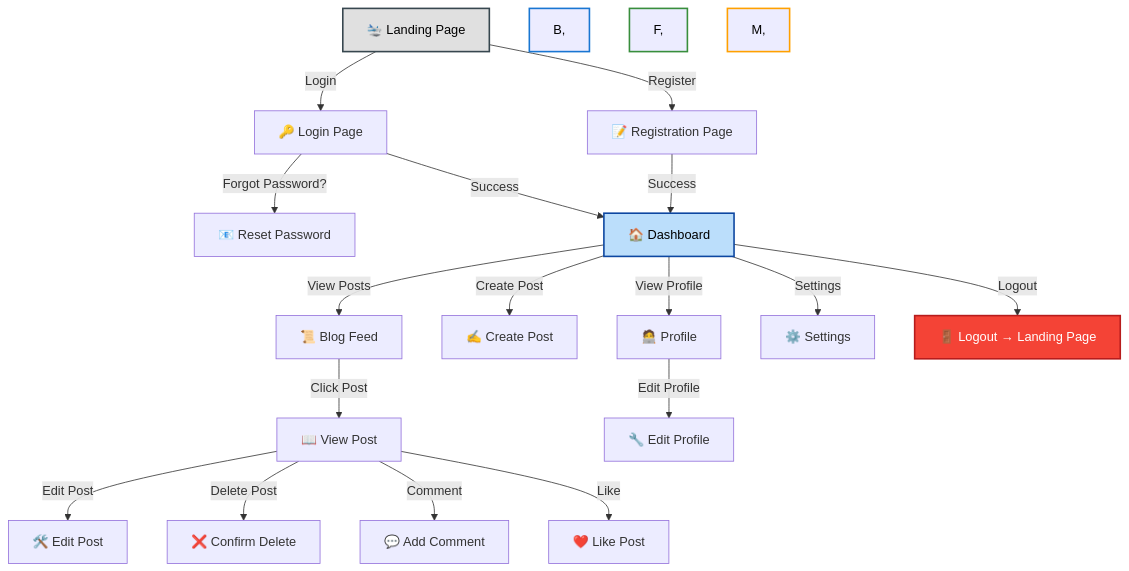
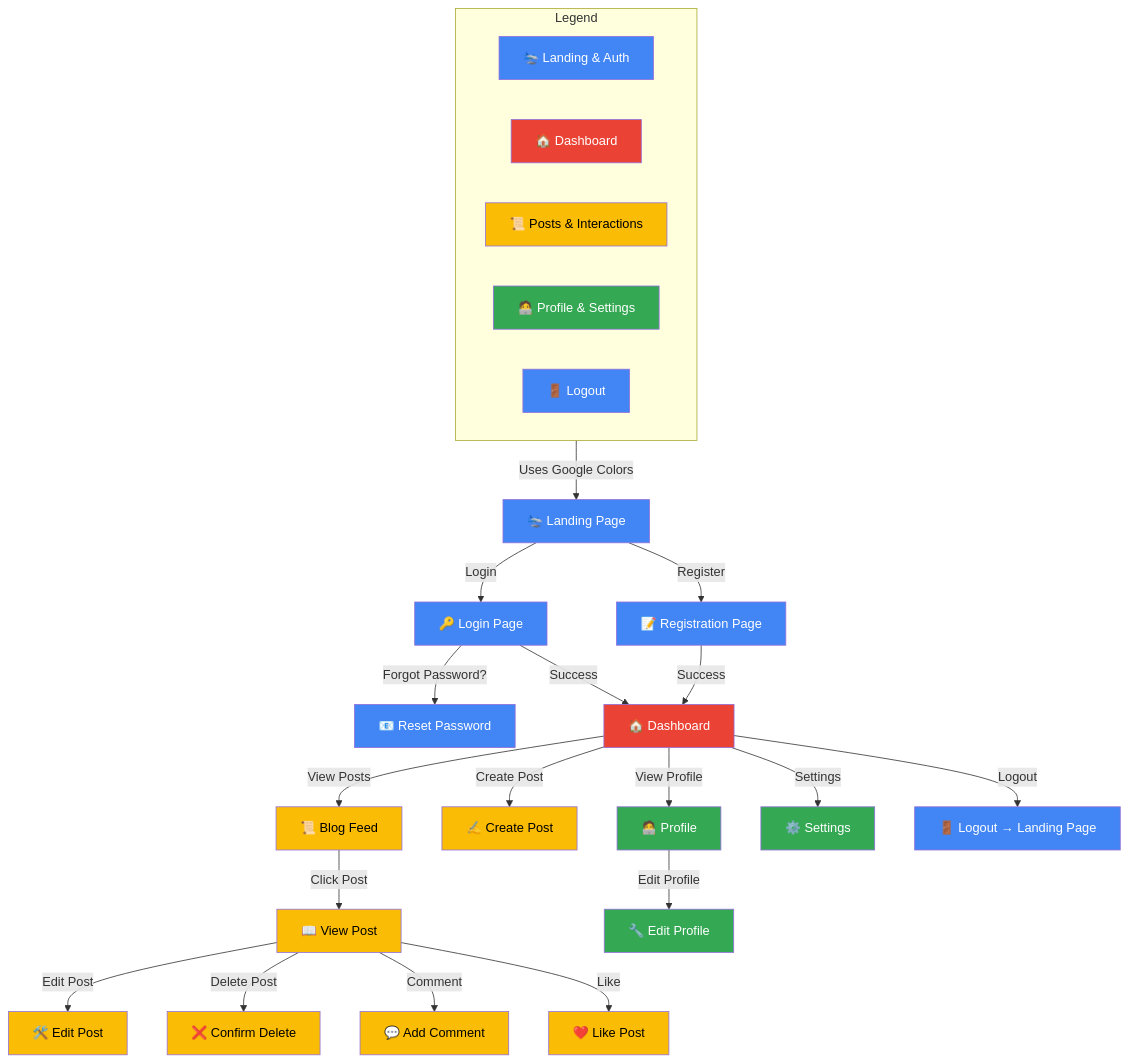
One commit to HardMachinesCorporation/sbp changed the third of 4 diagrams in README.md. Above: the diagram before and after it, drawn with Mermaid. The commit also changed other lines of this file and 1 other file, not shown here.

````diff
--- a/README.md
+++ b/README.md
@@ -304,30 +304,45 @@
 ```mermaid
 graph TD
   A[🛬 Landing Page] -->|Login| B[🔑 Login Page]
   A -->|Register| C[📝 Registration Page]
   B -->|Forgot Password?| D[📧 Reset Password]
   B -->|Success| E[🏠 Dashboard]
   C -->|Success| E
 
   E -->|View Posts| F[📜 Blog Feed]
   E -->|Create Post| G[✍️ Create Post]
   F -->|Click Post| H[📖 View Post]
   H -->|Edit Post| I[🛠️ Edit Post]
   H -->|Delete Post| J[❌ Confirm Delete]
   H -->|Comment| K[💬 Add Comment]
   H -->|Like| L[❤️ Like Post]
 
   E -->|View Profile| M[🧑‍💻 Profile]
   M -->|Edit Profile| N[🔧 Edit Profile]
   E -->|Settings| O[⚙️ Settings]
 
   E -->|Logout| P[🚪 Logout → Landing Page]
 
-  %% 🎨 Style Updates for Dark Mode
-  style A fill:#e0e0e0,stroke:#37474f,stroke-width:2px,color:#000
-  style B, C, D fill:#e3f2fd,stroke:#1976d2,stroke-width:2px,color:#000
-  style E fill:#bbdefb,stroke:#0d47a1,stroke-width:2px,color:#000
-  style F, G, H, I, J, K, L fill:#c8e6c9,stroke:#388e3c,stroke-width:2px,color:#000
-  style M, N, O fill:#ffecb3,stroke:#ffa000,stroke-width:2px,color:#000
-  style P fill:#f44336,stroke:#b71c1c,stroke-width:2px,color:#fff
+  %% 🎨 Google-Themed Vertical Legend on Left
+  subgraph Legend[Legend]
+    L1[🛬 Landing & Auth]:::blue
+    L2[🏠 Dashboard]:::red
+    L3[📜 Posts & Interactions]:::yellow
+    L4[🧑‍💻 Profile & Settings]:::green
+    L5[🚪 Logout]:::blue
+  end
+  Legend -->|Uses Google Colors| A
+
+  %% 🔹 Apply Google Colors
+  classDef blue fill:#4285F4,color:#fff
+  classDef red fill:#EA4335,color:#fff
+  classDef yellow fill:#FBBC05,color:#000
+  classDef green fill:#34A853,color:#fff
+
+  %% 🎯 Assign Colors to Sections
+  class A,B,C,D blue
+  class E red
+  class F,G,H,I,J,K,L yellow
+  class M,N,O green
+  class P blue
 ```
````
